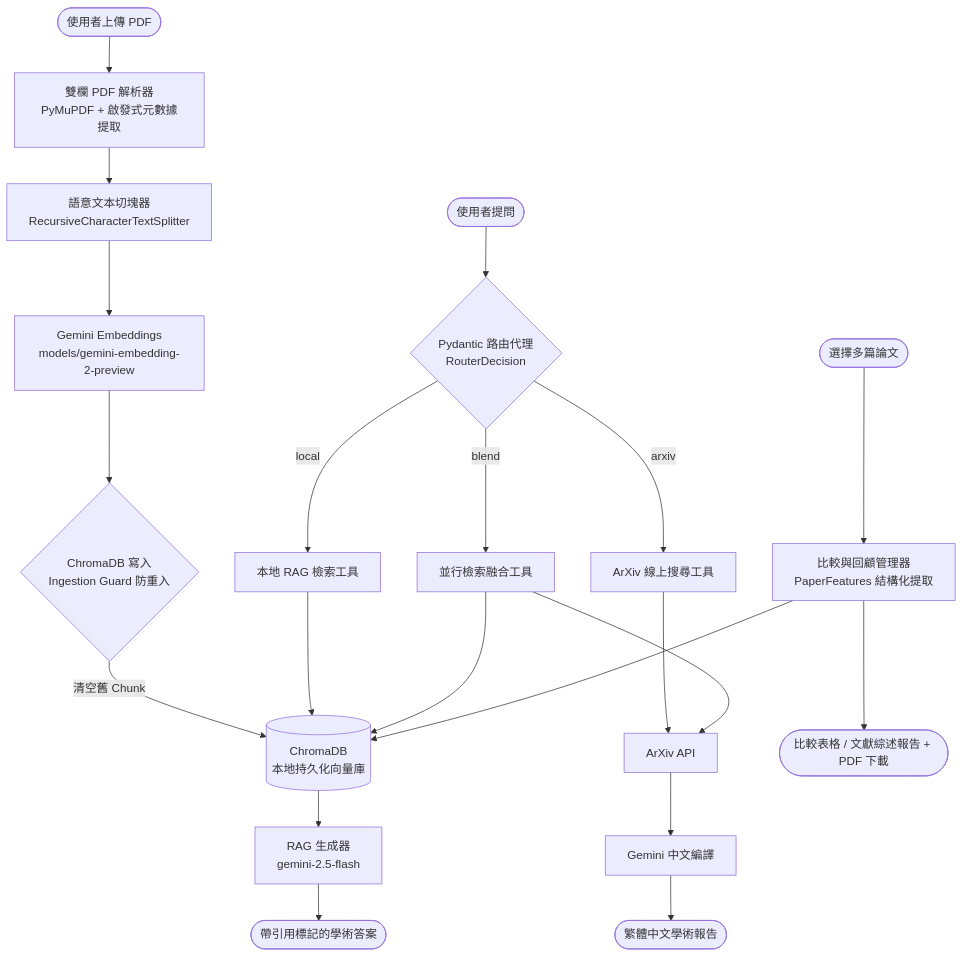
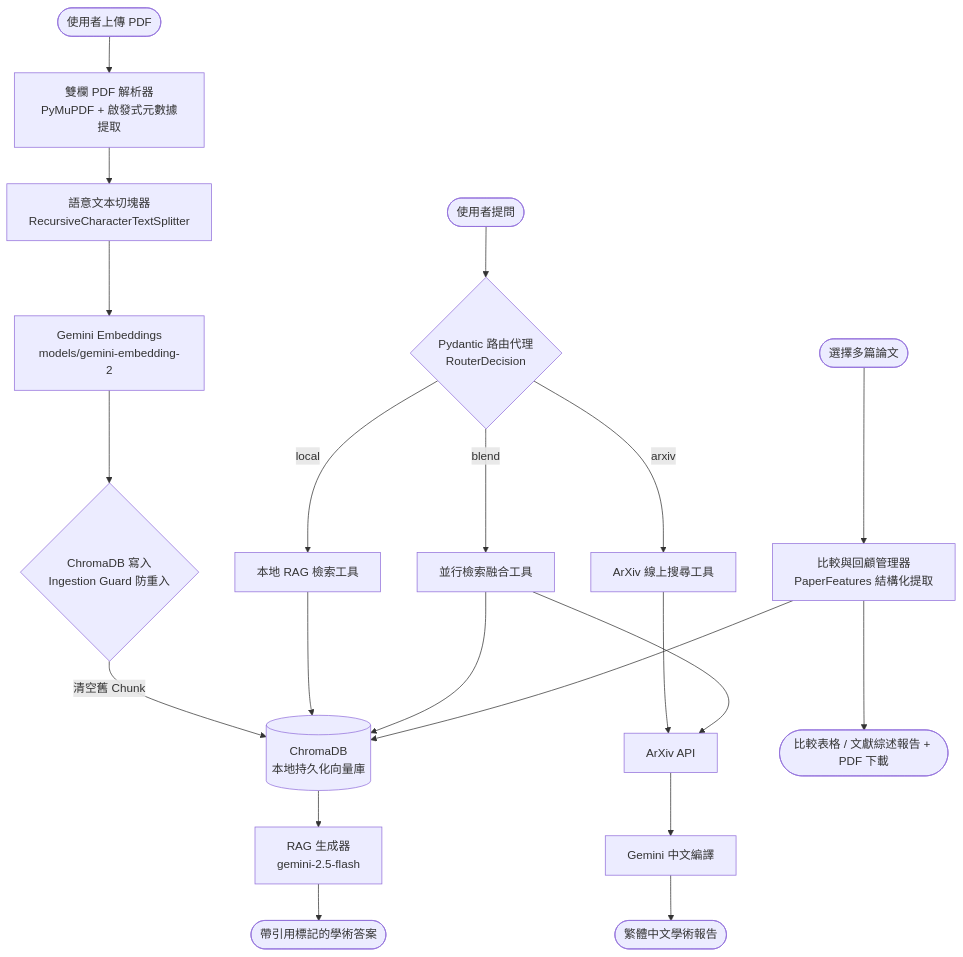
The diagram in README.md (Cosmos-bipinnatus/nlp_final_project), drawn with Mermaid before and after one commit. The commit also changed other lines of this file and 15 other files, not shown here.

````diff
--- a/README.md
+++ b/README.md
@@ -251,29 +251,29 @@
 ```mermaid
 graph TD
     User([使用者上傳 PDF]) --> Parser[雙欄 PDF 解析器<br>PyMuPDF + 啟發式元數據提取]
     Parser --> Splitter[語意文本切塊器<br>RecursiveCharacterTextSplitter]
-    Splitter --> Embeddings[Gemini Embeddings<br>models/gemini-embedding-2-preview]
+    Splitter --> Embeddings[Gemini Embeddings<br>models/gemini-embedding-2]
     Embeddings --> IngestionGuard{ChromaDB 寫入<br>Ingestion Guard 防重入}
     IngestionGuard -->|清空舊 Chunk| ChromaDB[(ChromaDB<br>本地持久化向量庫)]
     
     User2([使用者提問]) --> RouterAgent{Pydantic 路由代理<br>RouterDecision}
     RouterAgent -->|local| LocalTool[本地 RAG 檢索工具]
     RouterAgent -->|arxiv| ArXivTool[ArXiv 線上搜尋工具]
     RouterAgent -->|blend| BlendTool[並行檢索融合工具]
     
     LocalTool --> ChromaDB
     ChromaDB --> RAGGenerator[RAG 生成器<br>gemini-2.5-flash]
     RAGGenerator --> Answer([帶引用標記的學術答案])
     
     ArXivTool --> ArXivAPI[ArXiv API]
     ArXivAPI --> GeminiTranslate[Gemini 中文編譯]
     
     BlendTool --> ChromaDB
     BlendTool --> ArXivAPI
     
     GeminiTranslate --> Review([繁體中文學術報告])
     
     User3([選擇多篇論文]) --> CompManager[比較與回顧管理器<br>PaperFeatures 結構化提取]
     CompManager --> ChromaDB
     CompManager --> CompTable([比較表格 / 文獻綜述報告 + PDF 下載])
 ```
````
